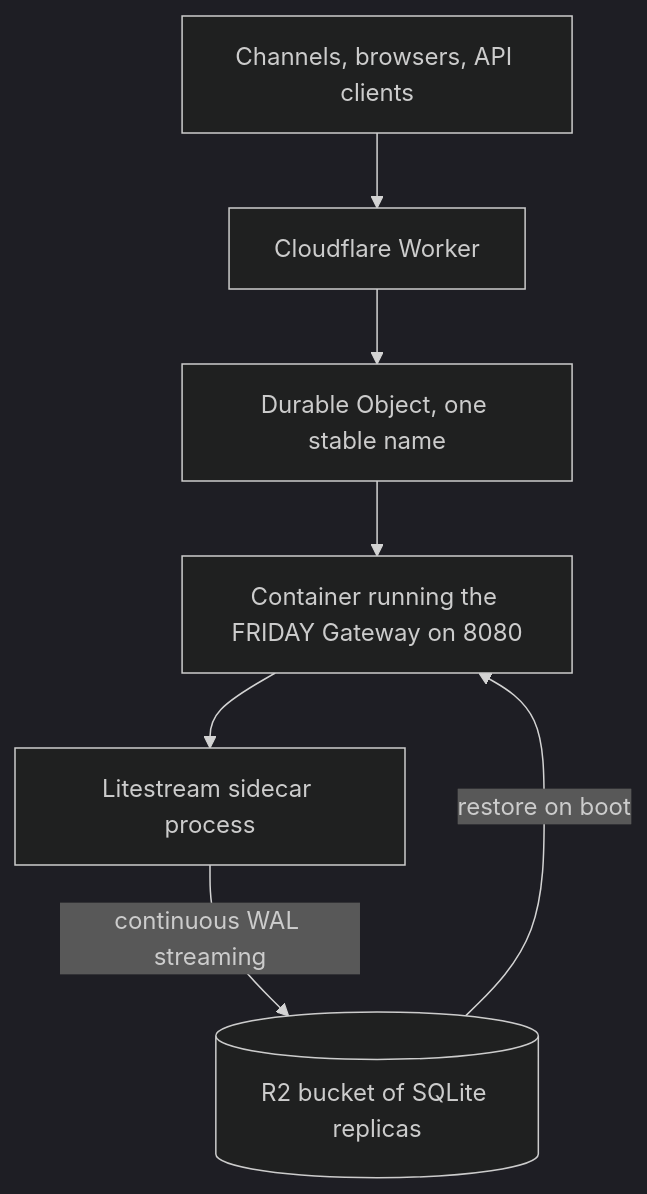
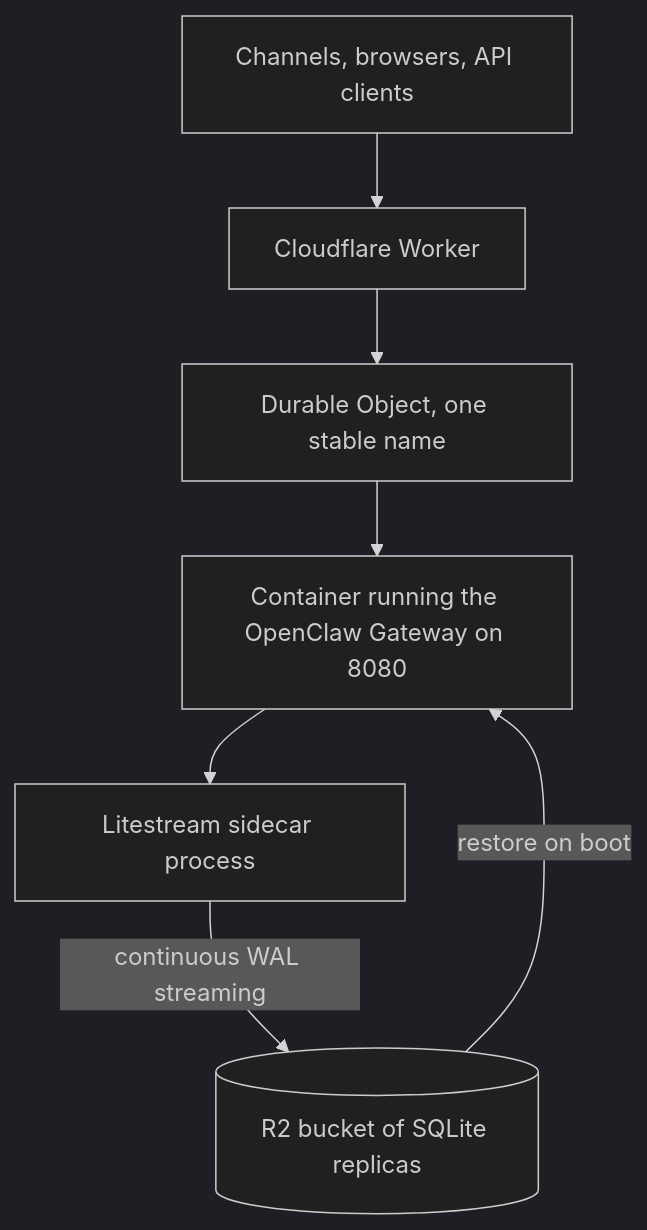
One commit to benardprince-m/F.R.I.D.A.Y_bot changed the diagram in docs/install/cloudflare.md. Above: the diagram before and after it, drawn with Mermaid (dark theme). The commit also changed other lines of this file and 6432 other files, not shown here.

First line of the commit message:
Revert "🤖 OpenHands/rebrand: standalone brand word OpenClaw -> FRIDAY across code, tests, docs"

````diff
--- a/docs/install/cloudflare.md
+++ b/docs/install/cloudflare.md
@@ -31,16 +31,16 @@
 ```mermaid
 flowchart TD
     client[Channels, browsers, API clients]
     worker[Cloudflare Worker]
     durable[Durable Object, one stable name]
-    container[Container running the FRIDAY Gateway on 8080]
+    container[Container running the OpenClaw Gateway on 8080]
     litestream[Litestream sidecar process]
     r2[(R2 bucket of SQLite replicas)]
 
     client --> worker
     worker --> durable
     durable --> container
     container --> litestream
     litestream -- continuous WAL streaming --> r2
     r2 -- restore on boot --> container
 ```
````
